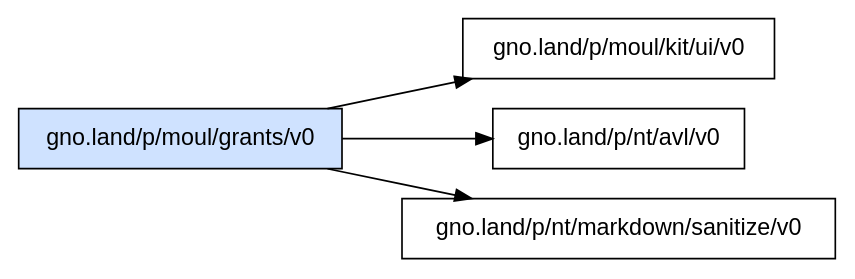
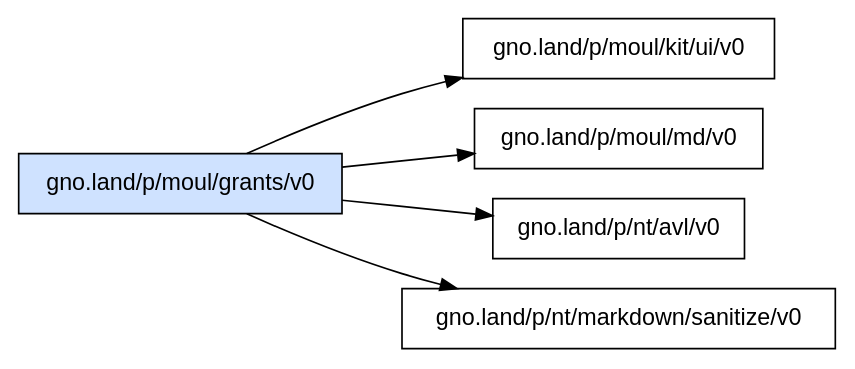
One commit to moul/gno-contracts changed the diagram in _assets/gno.land/p/moul/grants/v0/deps.dot. Above: the diagram before and after it, drawn with Graphviz. The commit also changed 22 other files, not shown here.

Commit message:
chore: regenerate catalog, graphs and on-chain status [skip ci]

```diff
--- a/_assets/gno.land/p/moul/grants/v0/deps.dot
+++ b/_assets/gno.land/p/moul/grants/v0/deps.dot
@@ -1,8 +1,9 @@
 digraph deps {
   rankdir=LR;
   node [shape=box, fontname="sans-serif"];
   "gno.land/p/moul/grants/v0" [style=filled, fillcolor="#cfe2ff"];
   "gno.land/p/moul/grants/v0" -> "gno.land/p/moul/kit/ui/v0";
+  "gno.land/p/moul/grants/v0" -> "gno.land/p/moul/md/v0";
   "gno.land/p/moul/grants/v0" -> "gno.land/p/nt/avl/v0";
   "gno.land/p/moul/grants/v0" -> "gno.land/p/nt/markdown/sanitize/v0";
 }
```
